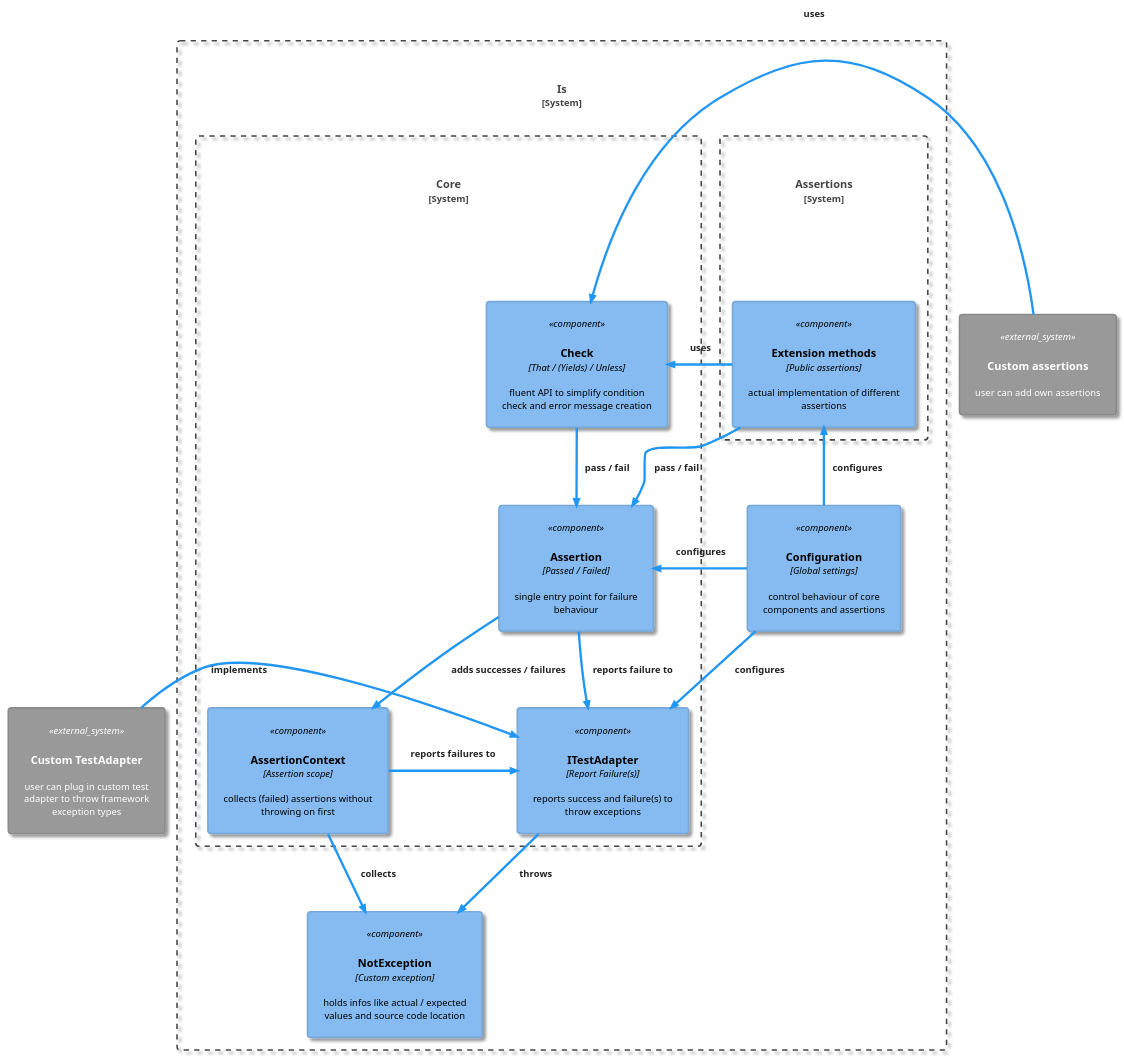
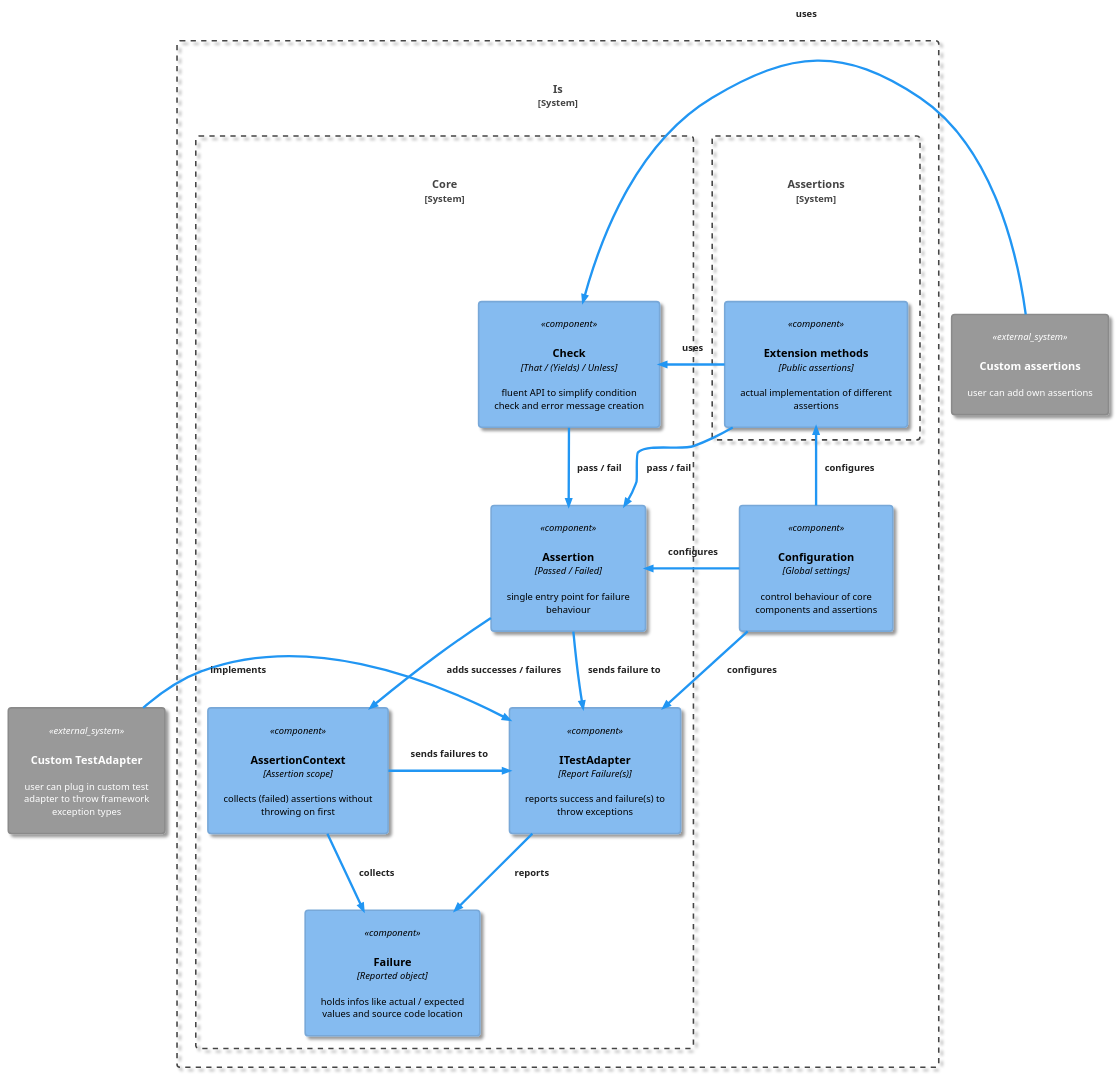
Before and after one commit to chrismo80/Is: the diagram in Docs/Architecture.plantuml, drawn with PlantUML. The commit also changed 7 other files, not shown here.

```diff
--- a/Docs/Architecture.plantuml
+++ b/Docs/Architecture.plantuml
@@ -1,45 +1,45 @@
 @startuml "Architecture"
 
 !include <C4/C4_Component>
 
 !theme materia
 
 System_Ext(ca, "Custom assertions", "user can add own assertions")
 System_Ext(cta, "Custom TestAdapter", "user can plug in custom test adapter to throw framework exception types")
 
 System_Boundary(Is, "Is") {
-    Component(ex, "NotException", "Custom exception", "holds infos like actual / expected values and source code location")
     Component(conf, "Configuration", "Global settings", "control behaviour of core components and assertions")
 
     System_Boundary(Assertions, "Assertions") {
         Component(ext, "Extension methods", "Public assertions", "actual implementation of different assertions")
         }
 
     System_Boundary(Core, "Core") {
         Component(ass, "Assertion", "Passed / Failed", "single entry point for failure behaviour")
         Component(check, "Check", "That / (Yields) / Unless", "fluent API to simplify condition check and error message creation")
         Component(ctx, "AssertionContext", "Assertion scope", "collects (failed) assertions without throwing on first")
         Component(ita, "ITestAdapter", "Report Failure(s)", "reports success and failure(s) to throw exceptions")
+        Component(fail, "Failure", "Reported object", "holds infos like actual / expected values and source code location")
         }
     }
 }
 
-Rel(ass, ita, "reports failure to")
-Rel(ctx, ex, "collects")
-Rel(ita, ex, "throws")
+Rel(ass, ita, "sends failure to")
+Rel(ctx, fail, "collects")
+Rel(ita, fail, "reports")
 Rel_R(cta, ita, "implements")
 
 Rel_U(ext, check, "uses")
 Rel(ext, ass, "pass / fail")
 Rel_L(ca, check, "uses")
 
-Rel_L(ctx, ita, "reports failures to")
+Rel_L(ctx, ita, "sends failures to")
 
 Rel(check, ass, "pass / fail")
 Rel(ass, ctx, "adds successes / failures")
 
 Rel_U(conf, ext, "configures")
 Rel_R(conf, ass, "configures")
 Rel(conf, ita, "configures")
 
 @enduml
```
